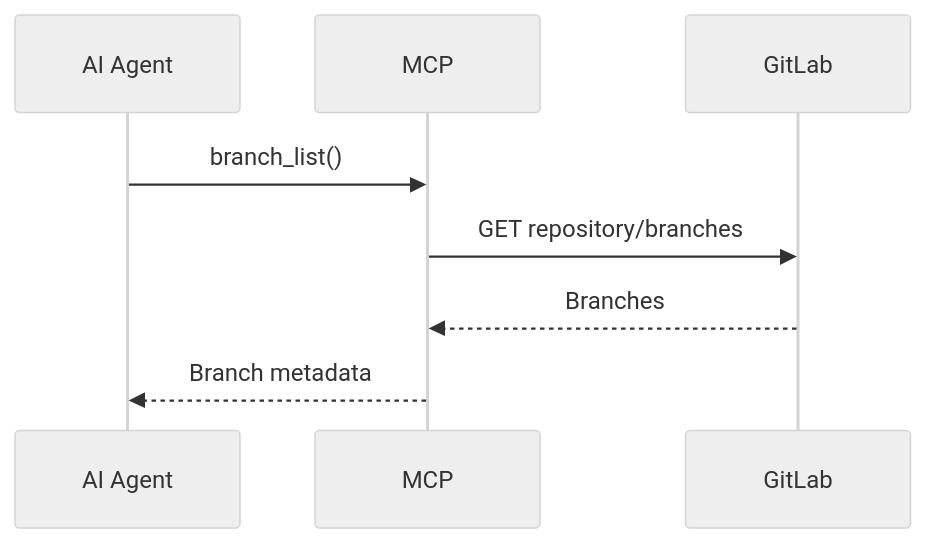
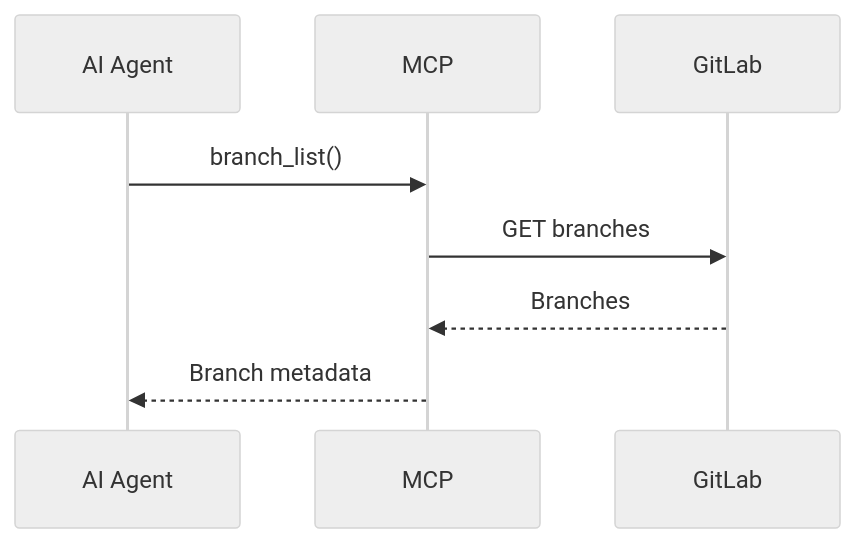
Before and after one commit to SkySai1/ArchRepoMCP: the fourth of 15 diagrams in AGENTS.md, drawn with Mermaid (neutral theme). The commit also changed other lines of this file, not shown here.

````diff
--- a/AGENTS.md
+++ b/AGENTS.md
@@ -843,11 +1108,11 @@
 ```mermaid
 sequenceDiagram
     participant A as AI Agent
     participant M as MCP
     participant G as GitLab
 
     A->>M: branch_list()
-    M->>G: GET repository/branches
+    M->>G: GET branches
     G-->>M: Branches
     M-->>A: Branch metadata
 ```
````
